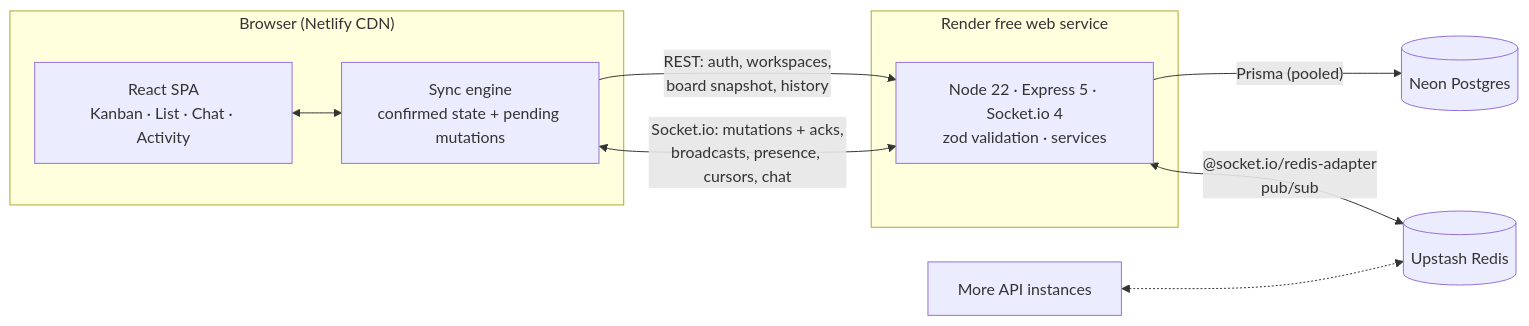
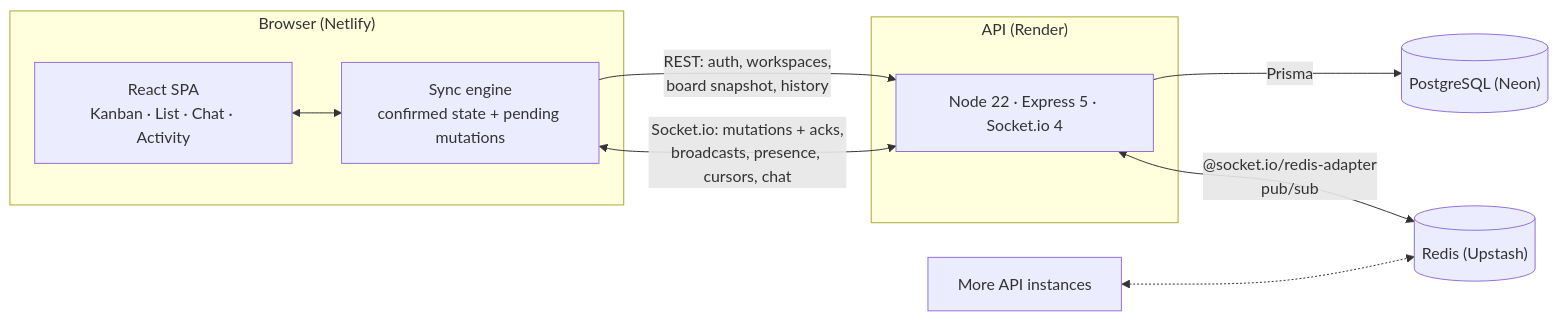
One commit to Isaacpyo/FlowSync changed the first of 2 diagrams in README.md. Above: the diagram before and after it, drawn with Mermaid. The commit also changed other lines of this file and 2 other files, not shown here.

````diff
--- a/README.md
+++ b/README.md
@@ -65,18 +41,18 @@
 ```mermaid
 flowchart LR
-  subgraph Browser["Browser (Netlify CDN)"]
+  subgraph Browser["Browser (Netlify)"]
     UI["React SPA<br/>Kanban · List · Chat · Activity"]
     Store["Sync engine<br/>confirmed state + pending mutations"]
     UI <--> Store
   end
 
-  subgraph Render["Render free web service"]
-    API["Node 22 · Express 5 · Socket.io 4<br/>zod validation · services"]
+  subgraph Render["API (Render)"]
+    API["Node 22 · Express 5 · Socket.io 4"]
   end
 
   Store -- "REST: auth, workspaces,<br/>board snapshot, history" --> API
   Store <-- "Socket.io: mutations + acks,<br/>broadcasts, presence, cursors, chat" --> API
-  API -- "Prisma (pooled)" --> PG[("Neon Postgres")]
-  API <-- "@socket.io/redis-adapter<br/>pub/sub" --> Redis[("Upstash Redis")]
+  API -- "Prisma" --> PG[("PostgreSQL (Neon)")]
+  API <-- "@socket.io/redis-adapter<br/>pub/sub" --> Redis[("Redis (Upstash)")]
   More["More API instances"] <-.-> Redis
 ```
````
